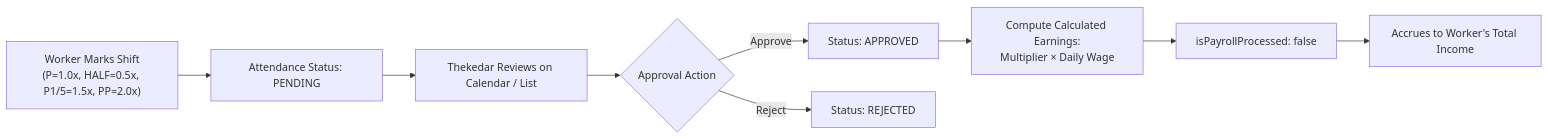
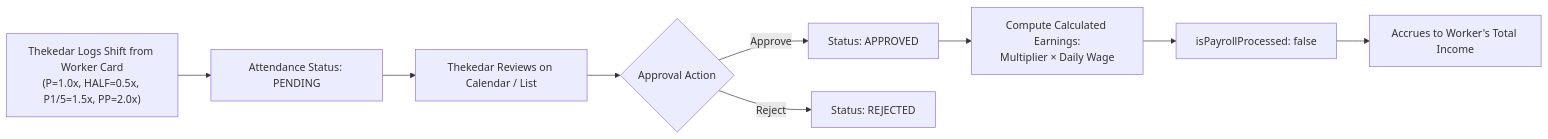
The third of 4 diagrams in README.md (ranjit-sharma/FurniCraft), drawn with Mermaid before and after one commit. The commit also changed other lines of this file and 88 other files, not shown here.

Commit message:
feat(mobile-first): enhance mobile bottom navigation, bottom sheets, robust error handling, PWA manifest, and streamline workforce ERP architecture

````diff
--- a/README.md
+++ b/README.md
@@ -122,13 +120,13 @@
 ```mermaid
 flowchart LR
-    WMark["Worker Marks Shift<br/>(P=1.0x, HALF=0.5x, P1/5=1.5x, PP=2.0x)"] --> StatusPending["Attendance Status: PENDING"]
+    WMark["Thekedar Logs Shift from Worker Card<br/>(P=1.0x, HALF=0.5x, P1/5=1.5x, PP=2.0x)"] --> StatusPending["Attendance Status: PENDING"]
     StatusPending --> TReview["Thekedar Reviews on Calendar / List"]
     
     TReview --> TAction{Approval Action}
     TAction -- Approve --> Approved["Status: APPROVED"]
     TAction -- Reject --> Rejected["Status: REJECTED"]
     
     Approved --> CalcEarn["Compute Calculated Earnings:<br/>Multiplier × Daily Wage"]
     CalcEarn --> Unprocessed["isPayrollProcessed: false"]
     Unprocessed --> TotalIncome["Accrues to Worker's Total Income"]
 ```
````
